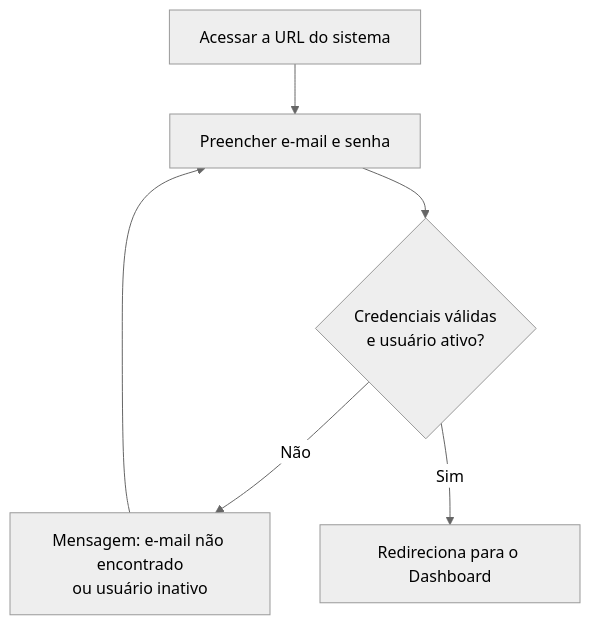
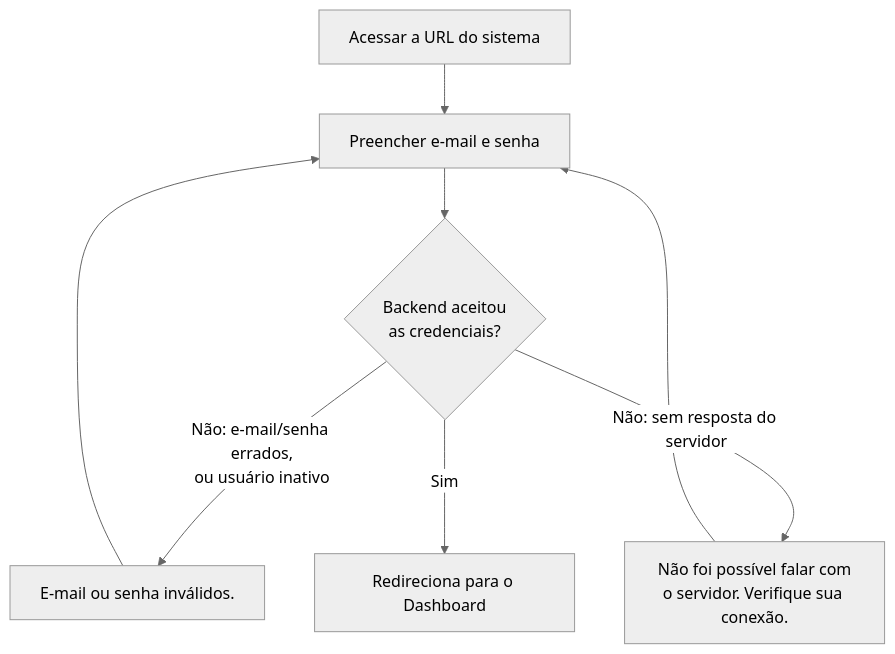
One commit to edvaldosm/markup-front changed the diagram in docs/manual/02-login.md. Above: the diagram before and after it, drawn with Mermaid (neutral theme). The commit also changed other lines of this file and 15 other files, not shown here.

````diff
--- a/docs/manual/02-login.md
+++ b/docs/manual/02-login.md
@@ -20,8 +20,10 @@
 ```mermaid
 flowchart TD
     A[Acessar a URL do sistema] --> B[Preencher e-mail e senha]
-    B --> C{Credenciais válidas\ne usuário ativo?}
-    C -- Não --> D["Mensagem: e-mail não encontrado\nou usuário inativo"]
+    B --> C{Backend aceitou\nas credenciais?}
+    C -- "Não: e-mail/senha errados,\nou usuário inativo" --> D["E-mail ou senha inválidos."]
+    C -- "Não: sem resposta do servidor" --> E["Não foi possível falar com\no servidor. Verifique sua conexão."]
     D --> B
-    C -- Sim --> E[Redireciona para o Dashboard]
+    E --> B
+    C -- Sim --> F[Redireciona para o Dashboard]
 ```
````
